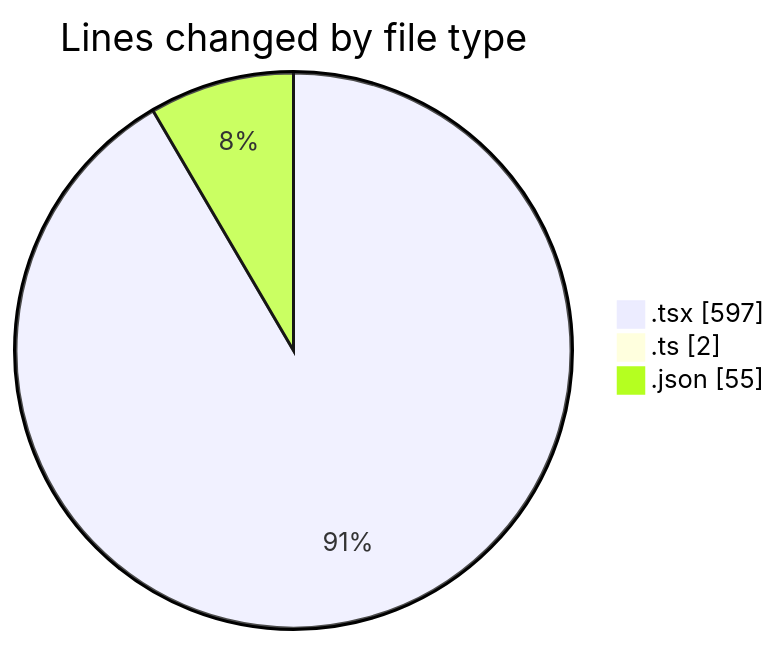
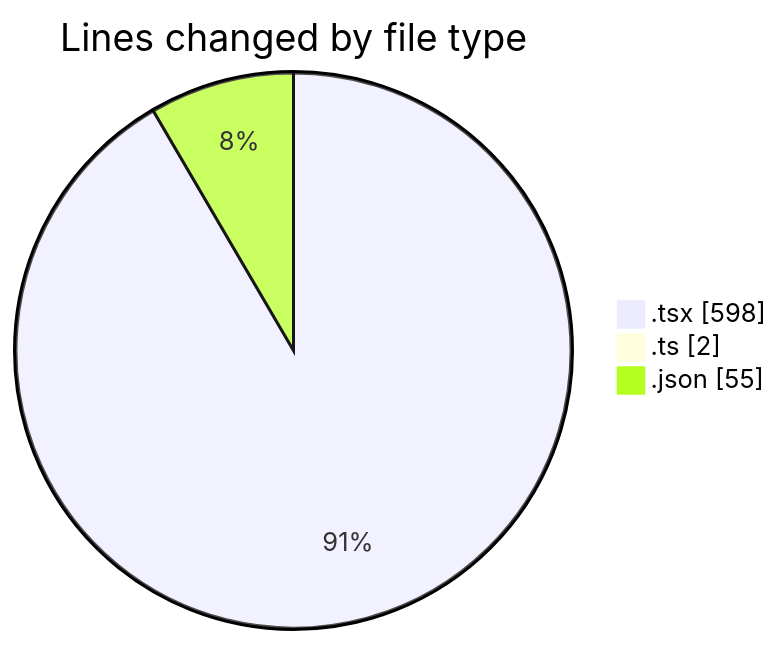
The first of 2 diagrams in 2025-10-21/eventscop-frontend-guide__workspace_/README.md (julien-gomy/code-tracking), drawn with Mermaid before and after one commit. The commit also changed other lines of this file and 1 other file, not shown here.

````diff
--- a/2025-10-21/eventscop-frontend-guide__workspace_/README.md
+++ b/2025-10-21/eventscop-frontend-guide__workspace_/README.md
@@ -28,7 +28,7 @@
 ```mermaid
 pie showData
 title Lines changed by file type
-".tsx" : 597
+".tsx" : 598
 ".ts" : 2
 ".json" : 55
 ```
````
